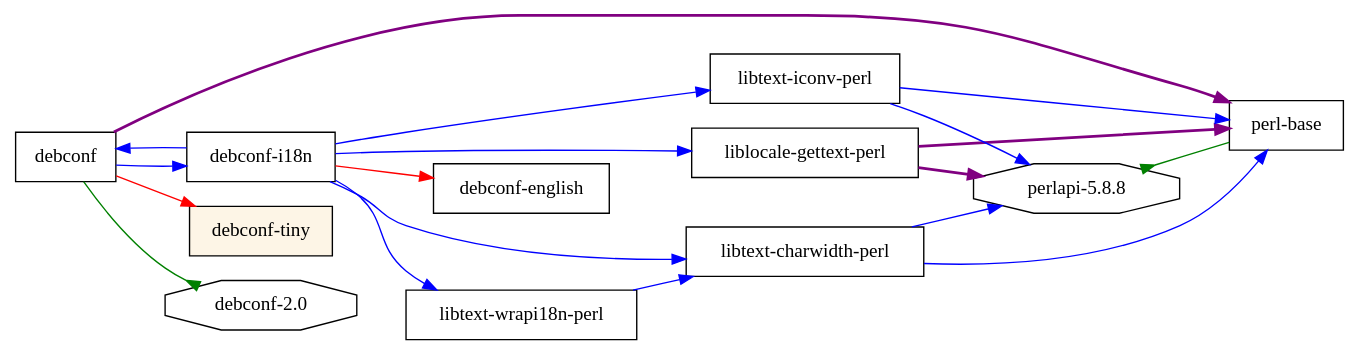
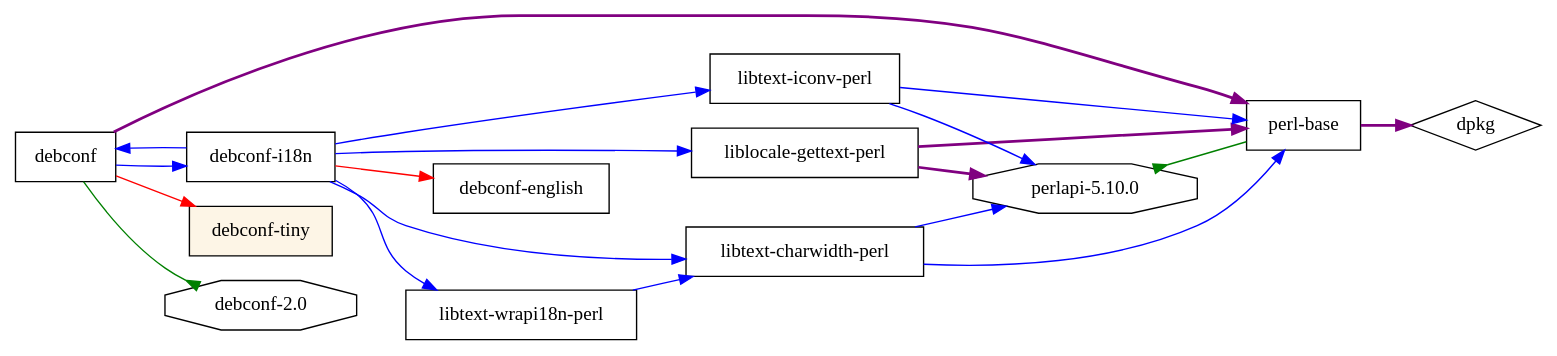
The diagram in testset/debconf1.dot (juandesant/debtree), drawn with Graphviz before and after one commit. The commit also changed 21 other files, not shown here.

```diff
--- a/testset/debconf1.dot
+++ b/testset/debconf1.dot
@@ -1,25 +1,27 @@
 digraph "debconf" {
 	rankdir=LR;
 	node [shape=box];
 	"debconf" -> "perl-base" [color=purple,style=bold];
+	"perl-base" -> "dpkg" [color=purple,style=bold];
 	"debconf" -> "debconf-i18n" [color=blue];
 	"debconf-i18n" -> "debconf" [color=blue];
 	"debconf-i18n" -> "liblocale-gettext-perl" [color=blue];
 	"liblocale-gettext-perl" -> "perl-base" [color=purple,style=bold];
-	"liblocale-gettext-perl" -> "perlapi-5.8.8" [color=purple,style=bold];
-	"perlapi-5.8.8" -> "perl-base" [dir=back,arrowtail=inv,color=green];
-	"perlapi-5.8.8" [shape=octagon];
+	"liblocale-gettext-perl" -> "perlapi-5.10.0" [color=purple,style=bold];
+	"perlapi-5.10.0" -> "perl-base" [dir=back,arrowtail=inv,color=green];
+	"perlapi-5.10.0" [shape=octagon];
 	"debconf-i18n" -> "libtext-iconv-perl" [color=blue];
-	"libtext-iconv-perl" -> "perlapi-5.8.8" [color=blue];
 	"libtext-iconv-perl" -> "perl-base" [color=blue];
+	"libtext-iconv-perl" -> "perlapi-5.10.0" [color=blue];
 	"debconf-i18n" -> "libtext-wrapi18n-perl" [color=blue];
 	"libtext-wrapi18n-perl" -> "libtext-charwidth-perl" [color=blue];
-	"libtext-charwidth-perl" -> "perlapi-5.8.8" [color=blue];
 	"libtext-charwidth-perl" -> "perl-base" [color=blue];
+	"libtext-charwidth-perl" -> "perlapi-5.10.0" [color=blue];
 	"debconf-i18n" -> "libtext-charwidth-perl" [color=blue];
 	"debconf-i18n" -> "debconf-english" [color=red];
 	"debconf" -> "debconf-tiny" [color=red];
 	"debconf" -> "debconf-2.0" [arrowhead=inv,color=green];
 	"debconf-2.0" [shape=octagon];
 	"debconf-tiny" [style=filled,fillcolor=oldlace];
+	"dpkg" [shape = diamond];
 }
```
